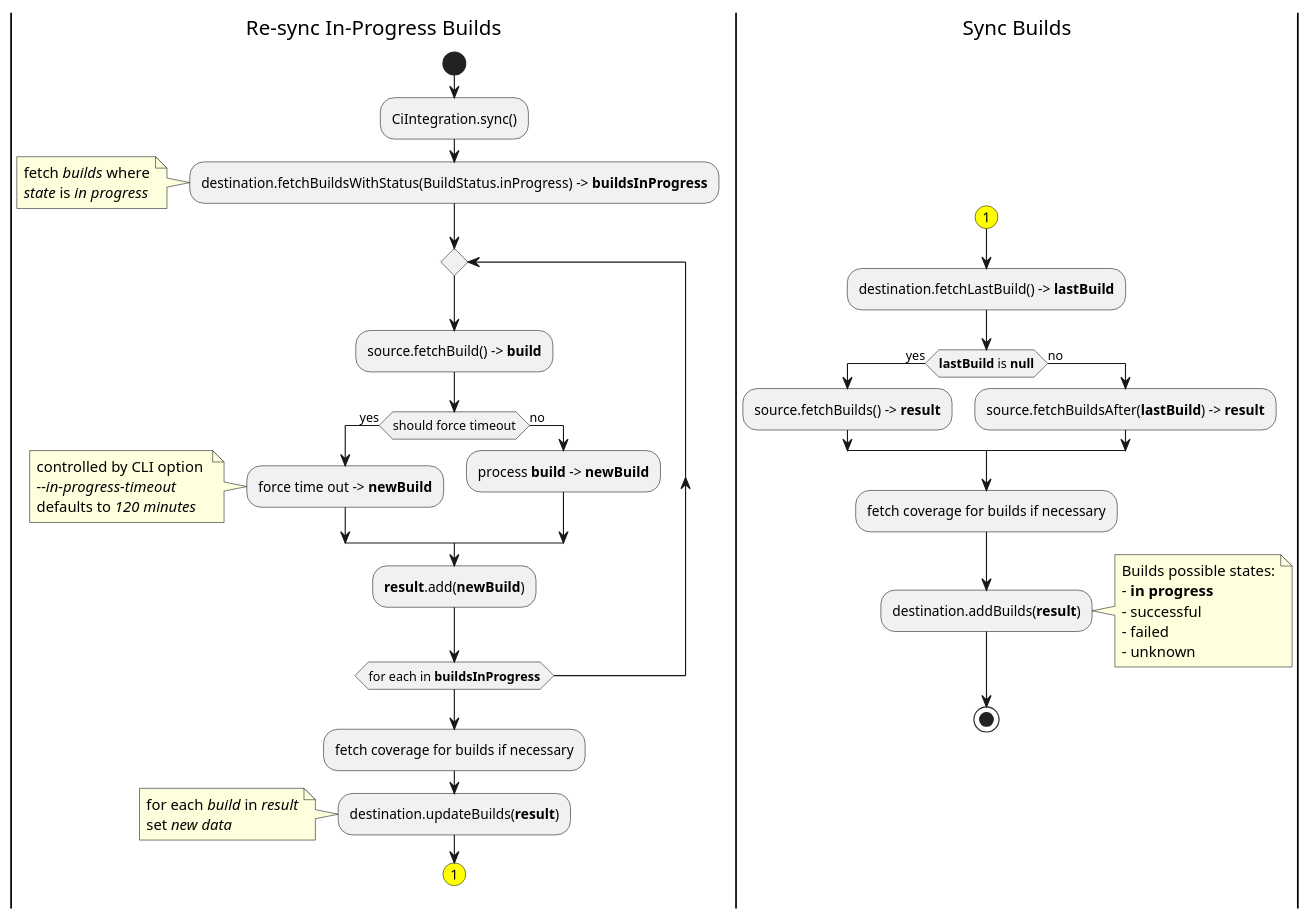
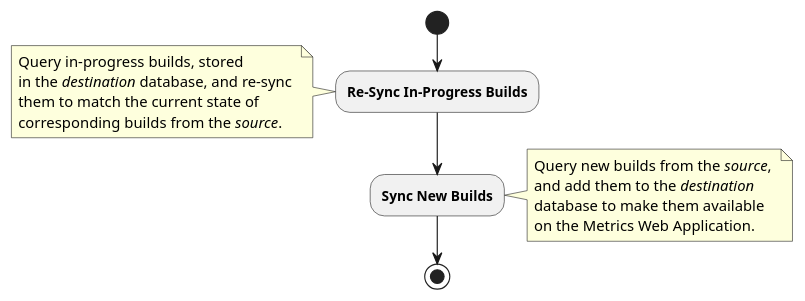
One commit to Flank/flank-dashboard changed the diagram in metrics/ci_integrations/docs/diagrams/sync_algorithm_activity_diagram.puml. Above: the diagram before and after it, drawn with PlantUML. The commit also changed 3 other files, not shown here.

```diff
--- a/metrics/ci_integrations/docs/diagrams/sync_algorithm_activity_diagram.puml
+++ b/metrics/ci_integrations/docs/diagrams/sync_algorithm_activity_diagram.puml
@@ -1,72 +1,24 @@
 @startuml sync_algorithm_activity_diagram
 'https://plantuml.com/activity-diagram-beta
-skinparam ConditionEndStyle hline
 
-|Re-sync In-Progress Builds|
-split
--[hidden]->
+start
 
-    start
-    :CiIntegration.sync();
-    :destination.fetchBuildsWithStatus(BuildStatus.inProgress) -> **buildsInProgress**;
-    note left
-        fetch //builds// where
-        //state// is //in progress//
-    end note
+:**Re-Sync In-Progress Builds**;
+note left
+    Query in-progress builds, stored
+    in the //destination// database, and re-sync 
+    them to match the current state of 
+    corresponding builds from the //source//.
+end note
 
-    repeat
-        :source.fetchBuild() -> **build**;
-
-        if (should force timeout) then (yes) 
-            :force time out -> **newBuild**;
-            note left
-                controlled by CLI option 
-                //--in-progress-timeout//
-                defaults to //120 minutes//
-            end note
-        else (no)
-            :process **build** -> **newBuild**;
-        endif
-
-        :**result**.add(**newBuild**);
-    repeatwhile (for each in **buildsInProgress**)
-
-    :fetch coverage for builds if necessary;
-    :destination.updateBuilds(**result**);
-    note left
-        for each //build// in //result//
-        set //new data//
-    end note
-
-    #yellow:(1)
-    detach
-
-|Sync Builds|
-split again
--[hidden]->
-
-    #yellow:(1)
-
-    :destination.fetchLastBuild() -> **lastBuild**;
-
-    if (**lastBuild** is **null**) then (yes)
-        :source.fetchBuilds() -> **result**;
-    else (no)
-        :source.fetchBuildsAfter(**lastBuild**) -> **result**;
-    endif
-
-    :fetch coverage for builds if necessary;
-
-    :destination.addBuilds(**result**);
-    note right
-        Builds possible states:
-        - **in progress**
-        - successful
-        - failed
-        - unknown
-    end note
+:**Sync New Builds**;
+note right
+    Query new builds from the //source//, 
+    and add them to the //destination// 
+    database to make them available 
+    on the Metrics Web Application.
+end note
 
 stop
-end split
 
 @enduml
```
